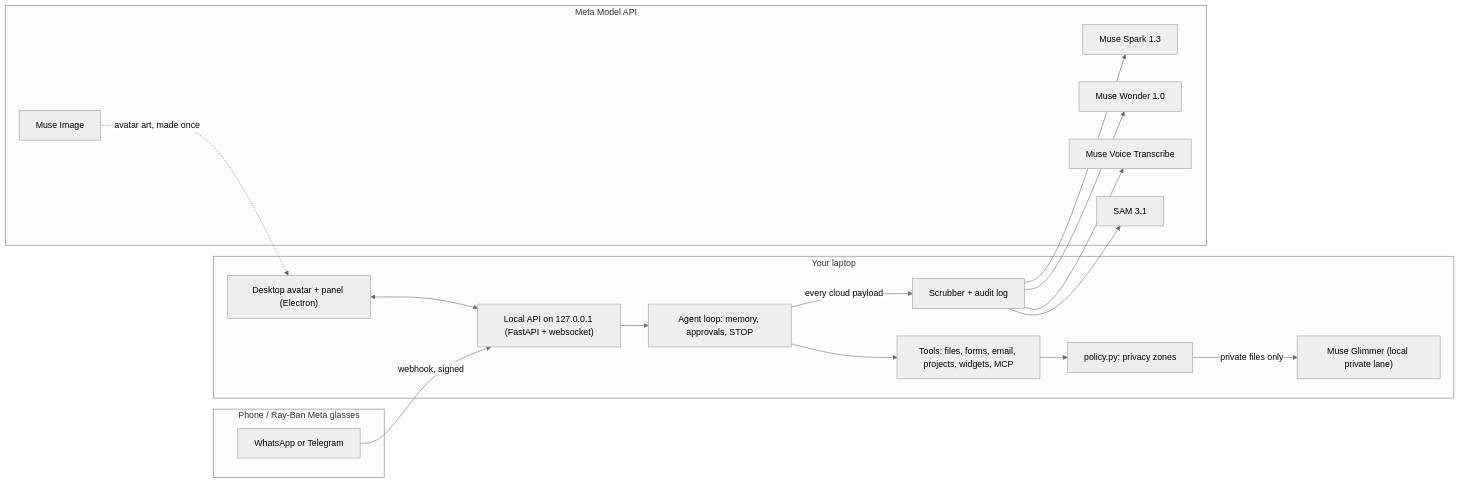
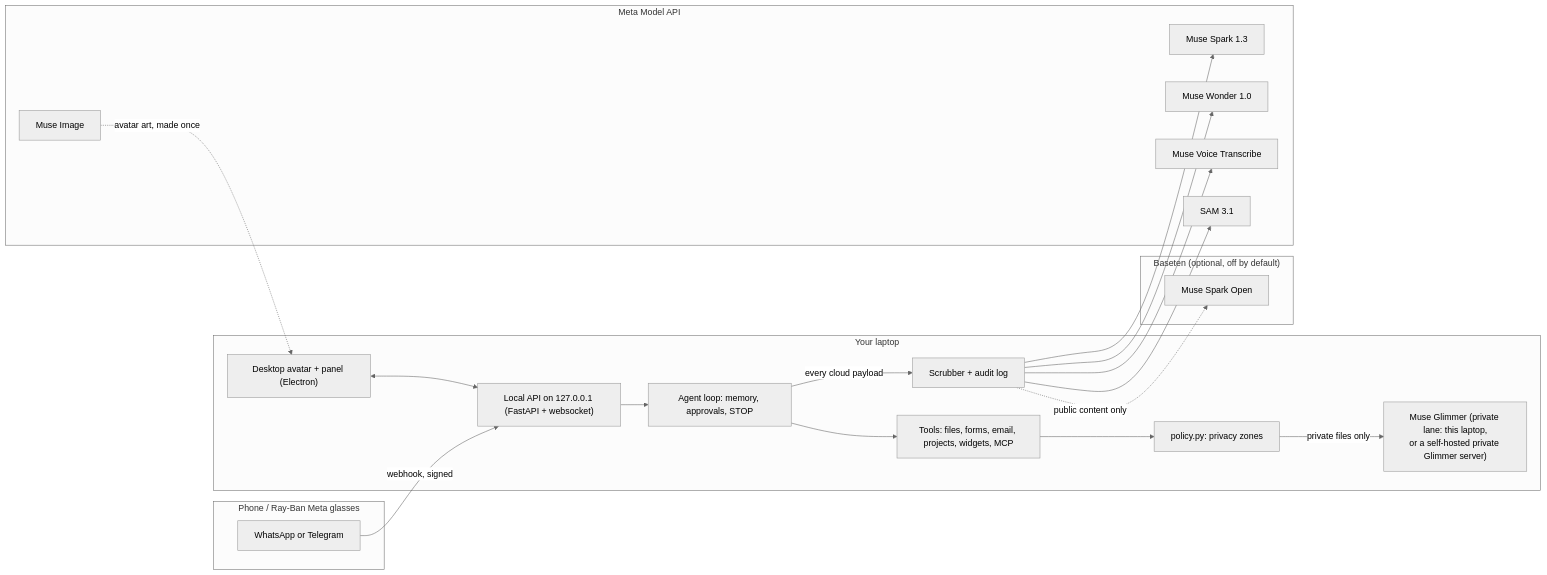
The diagram in README.md (guthib241/lantern), drawn with Mermaid (neutral theme) before and after one commit. The commit also changed other lines of this file and 4 other files, not shown here.

First line of the commit message:
Docs: measured Oct 30 numbers, honest private-lane wording, slide names every Meta model

````diff
--- a/README.md
+++ b/README.md
@@ -52,32 +52,36 @@
 ```mermaid
 flowchart LR
   subgraph phone["Phone / Ray-Ban Meta glasses"]
     wa["WhatsApp or Telegram"]
   end
   subgraph laptop["Your laptop"]
     ui["Desktop avatar + panel (Electron)"]
     api["Local API on 127.0.0.1 (FastAPI + websocket)"]
     agent["Agent loop: memory, approvals, STOP"]
     tools["Tools: files, forms, email, projects, widgets, MCP"]
     policy["policy.py: privacy zones"]
-    glimmer["Muse Glimmer (local private lane)"]
+    glimmer["Muse Glimmer (private lane: this laptop,\nor a self-hosted private Glimmer server)"]
     scrub["Scrubber + audit log"]
+  end
+  subgraph baseten["Baseten (optional, off by default)"]
+    sparkopen["Muse Spark Open"]
   end
   subgraph meta["Meta Model API"]
     spark["Muse Spark 1.3"]
     wonder["Muse Wonder 1.0"]
     voice["Muse Voice Transcribe"]
     image["Muse Image"]
     sam["SAM 3.1"]
   end
   wa -- "webhook, signed" --> api
   ui <--> api
   api --> agent --> tools --> policy
   policy -- "private files only" --> glimmer
   agent -- "every cloud payload" --> scrub
   scrub --> spark
   scrub --> wonder
   scrub --> voice
   scrub --> sam
+  scrub -. "public content only" .-> sparkopen
   image -. "avatar art, made once" .-> ui
 ```
````
